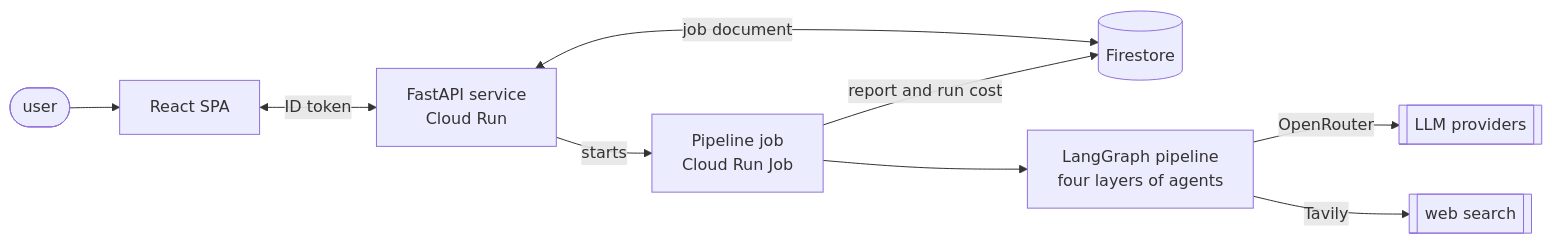
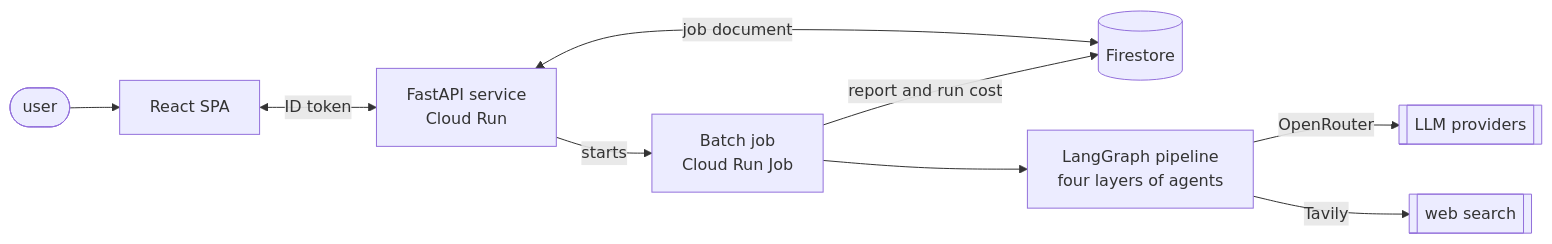
Before and after one commit to lukasz-zimnoch/nexis: the second of 2 diagrams in README.md, drawn with Mermaid. The commit also changed other lines of this file and 1 other file, not shown here.

First line of the commit message:
Correct what the FastAPI service does with the graph

````diff
--- a/README.md
+++ b/README.md
@@ -93,11 +94,11 @@
 ```mermaid
 flowchart LR
     U([user]) --> SPA["React SPA"]
     SPA <-->|"ID token"| API["FastAPI service<br/>Cloud Run"]
     API <-->|"job document"| FS[("Firestore")]
-    API -->|"starts"| JOB["Pipeline job<br/>Cloud Run Job"]
+    API -->|"starts"| JOB["Batch job<br/>Cloud Run Job"]
     JOB --> G["LangGraph pipeline<br/>four layers of agents"]
     G -->|"OpenRouter"| LLM[["LLM providers"]]
     G -->|"Tavily"| WEB[["web search"]]
     JOB -->|"report and run cost"| FS
 ```
````
